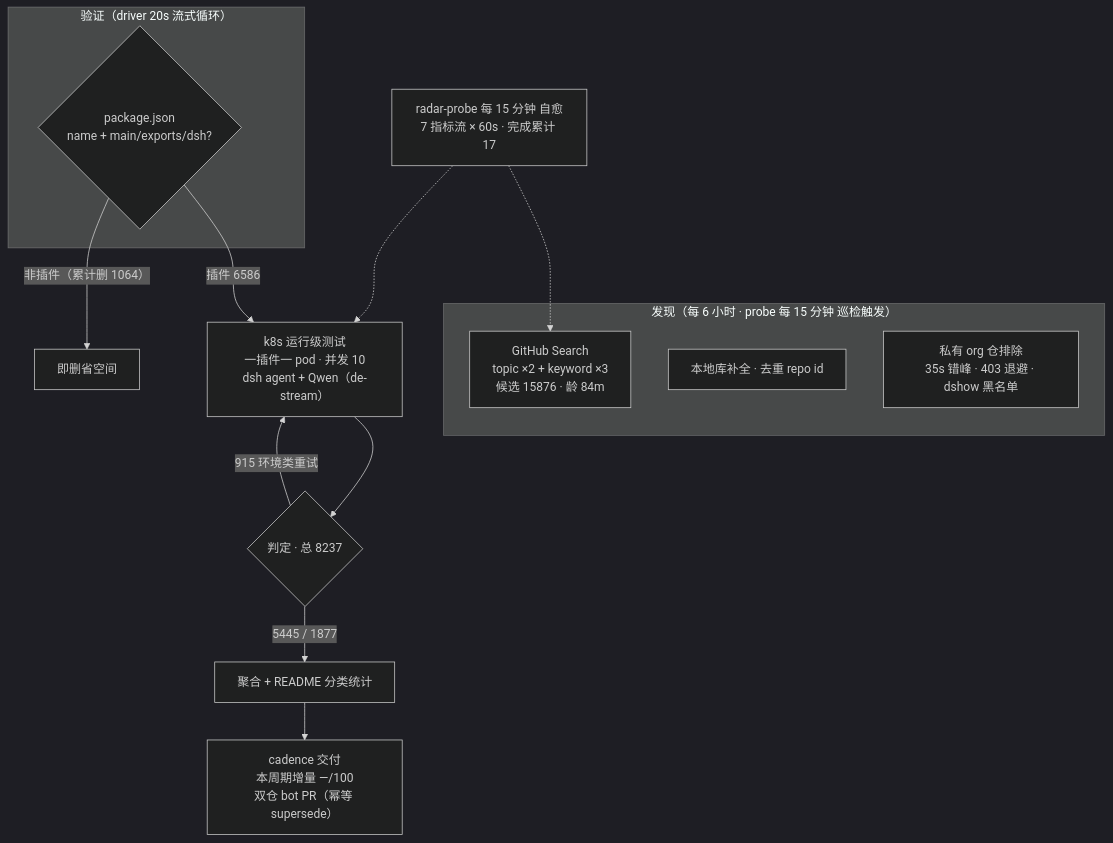
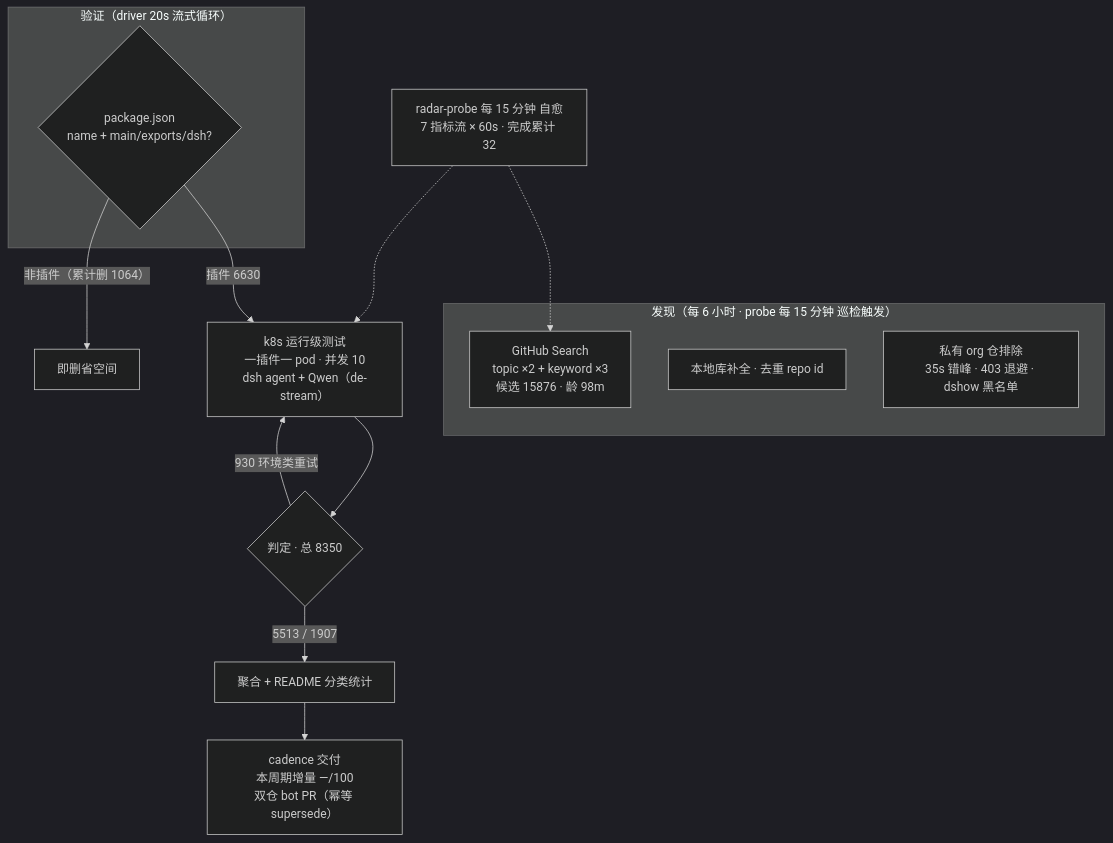
The diagram in README.md (Zhidao-Lab-OSS/awesome-dsh-plugins), drawn with Mermaid (dark theme) before and after one commit. The commit also changed other lines of this file and 1 other file, not shown here.

````diff
--- a/README.md
+++ b/README.md
@@ -37,20 +37,20 @@
 ```mermaid
 flowchart TB
     subgraph Discovery["发现（每 6 小时 · probe 每 15 分钟 巡检触发）"]
-        A1["GitHub Search<br/>topic ×2 + keyword ×3<br/>候选 15876 · 龄 84m"]
+        A1["GitHub Search<br/>topic ×2 + keyword ×3<br/>候选 15876 · 龄 98m"]
         A2["本地库补全 · 去重 repo id"]
         A3["私有 org 仓排除<br/>35s 错峰 · 403 退避 · dshow 黑名单"]
     end
     subgraph Validation["验证（driver 20s 流式循环）"]
         B1{"package.json<br/>name + main/exports/dsh?"}
     end
-    B1 -->|"插件 6586"| C1["k8s 运行级测试<br/>一插件一 pod · 并发 10<br/>dsh agent + Qwen（de-stream）"]
+    B1 -->|"插件 6630"| C1["k8s 运行级测试<br/>一插件一 pod · 并发 10<br/>dsh agent + Qwen（de-stream）"]
     B1 -->|"非插件（累计删 1064）"| B3["即删省空间"]
-    C1 --> D1{"判定 · 总 8237"}
-    D1 -->|"5445 / 1877"| E1["聚合 + README 分类统计"]
-    D1 -->|"915 环境类重试"| C1
+    C1 --> D1{"判定 · 总 8350"}
+    D1 -->|"5513 / 1907"| E1["聚合 + README 分类统计"]
+    D1 -->|"930 环境类重试"| C1
     E1 --> E2["cadence 交付<br/>本周期增量 —/100<br/>双仓 bot PR（幂等 supersede）"]
-    M["radar-probe 每 15 分钟 自愈<br/>7 指标流 × 60s · 完成累计 17"]
+    M["radar-probe 每 15 分钟 自愈<br/>7 指标流 × 60s · 完成累计 32"]
     M -.-> A1
     M -.-> C1
 ```
````
